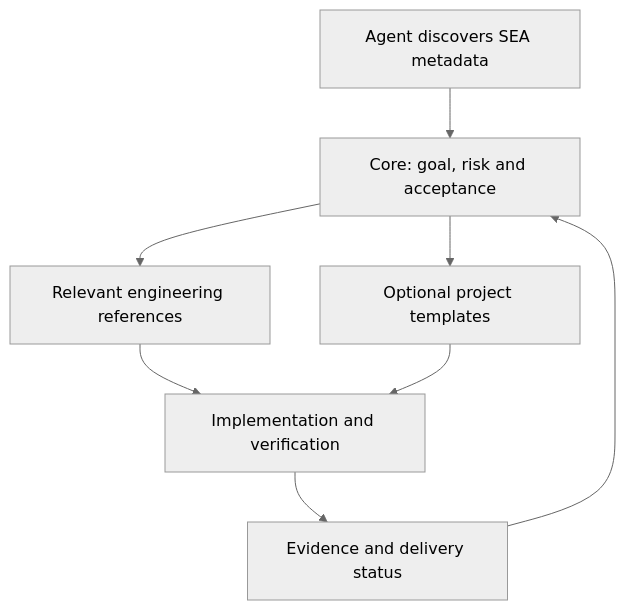
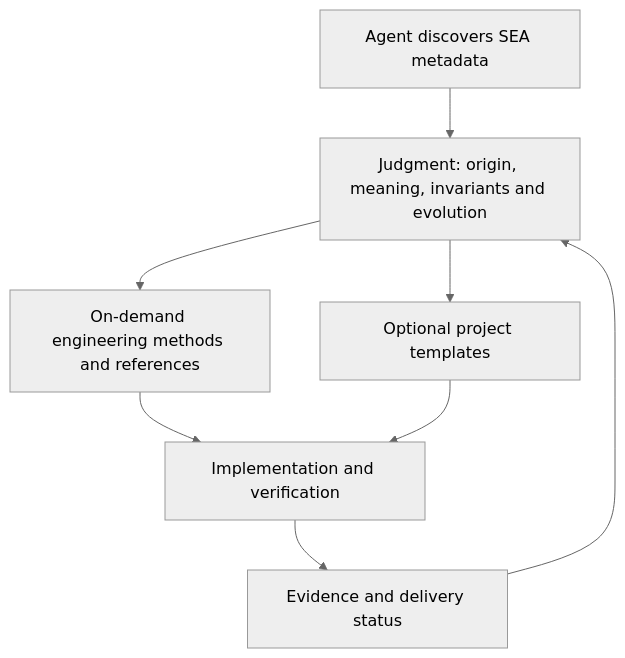
The diagram in README.md (quyuchao/SEA), drawn with Mermaid (neutral theme) before and after one commit. The commit also changed other lines of this file and 11 other files, not shown here.

First line of the commit message:
Make SEA thought-led and ground judgment in recent research

````diff
--- a/README.md
+++ b/README.md
@@ -30,10 +32,10 @@
 ```mermaid
 flowchart TD
- A["Agent discovers SEA metadata"] --> B["Core: goal, risk and acceptance"]
- B --> C["Relevant engineering references"]
+ A["Agent discovers SEA metadata"] --> B["Judgment: origin, meaning, invariants and evolution"]
+ B --> C["On-demand engineering methods and references"]
  B --> D["Optional project templates"]
  C --> E["Implementation and verification"]
  D --> E
  E --> F["Evidence and delivery status"]
  F --> B
 ```
````
